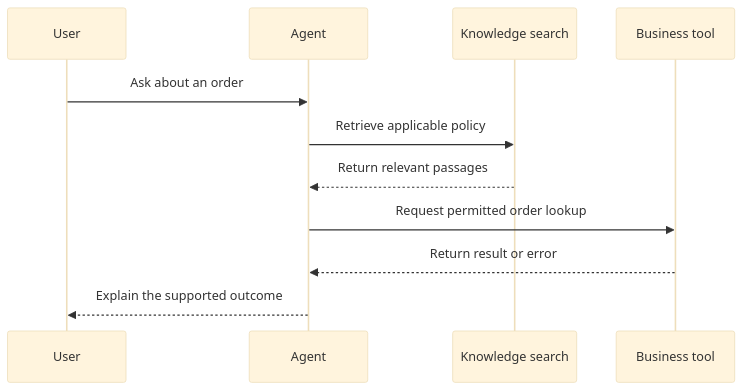
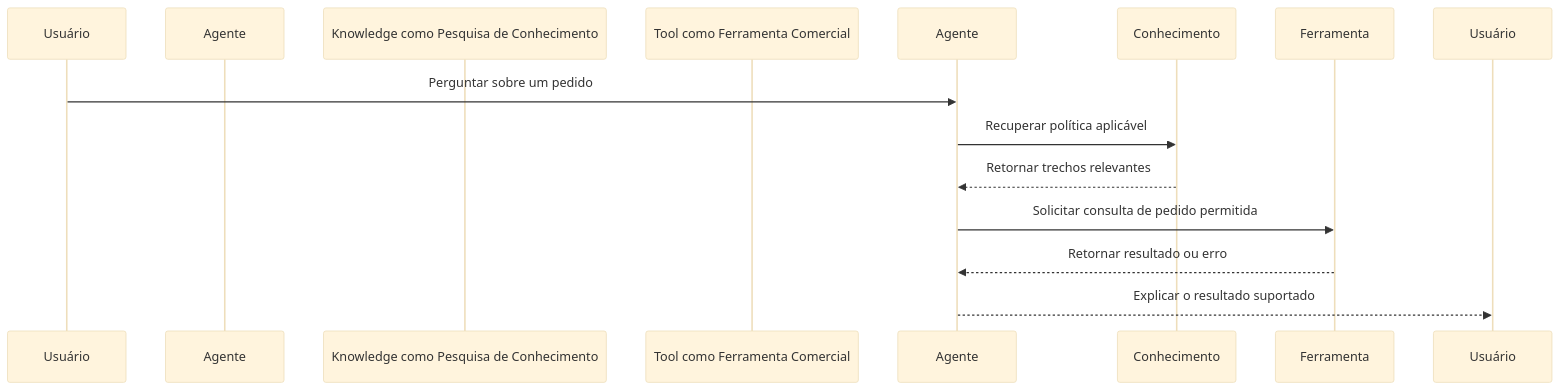
The diagram in content/pt-br/learn/quality/logs-traces-and-monitoring.md (aivaxlabs/docs), drawn with Mermaid (base theme) before and after one commit. The commit also changed other lines of this file and 83 other files, not shown here.

````diff
--- a/content/pt-br/learn/quality/logs-traces-and-monitoring.md
+++ b/content/pt-br/learn/quality/logs-traces-and-monitoring.md
@@ -19,13 +19,13 @@
 ```mermaid
 sequenceDiagram
-    participant User as User
-    participant Agent as Agent
-    participant Knowledge as Knowledge search
-    participant Tool as Business tool
-    User->>Agent: Ask about an order
-    Agent->>Knowledge: Retrieve applicable policy
-    Knowledge-->>Agent: Return relevant passages
-    Agent->>Tool: Request permitted order lookup
-    Tool-->>Agent: Return result or error
-    Agent-->>User: Explain the supported outcome
+    participant User as Usuário
+    participant Agent as Agente
+    participant Knowledge como Pesquisa de Conhecimento
+    participant Tool como Ferramenta Comercial
+    User->>Agente: Perguntar sobre um pedido
+    Agente->>Conhecimento: Recuperar política aplicável
+    Conhecimento-->>Agente: Retornar trechos relevantes
+    Agente->>Ferramenta: Solicitar consulta de pedido permitida
+    Ferramenta-->>Agente: Retornar resultado ou erro
+    Agente-->>Usuário: Explicar o resultado suportado
 ```
````
